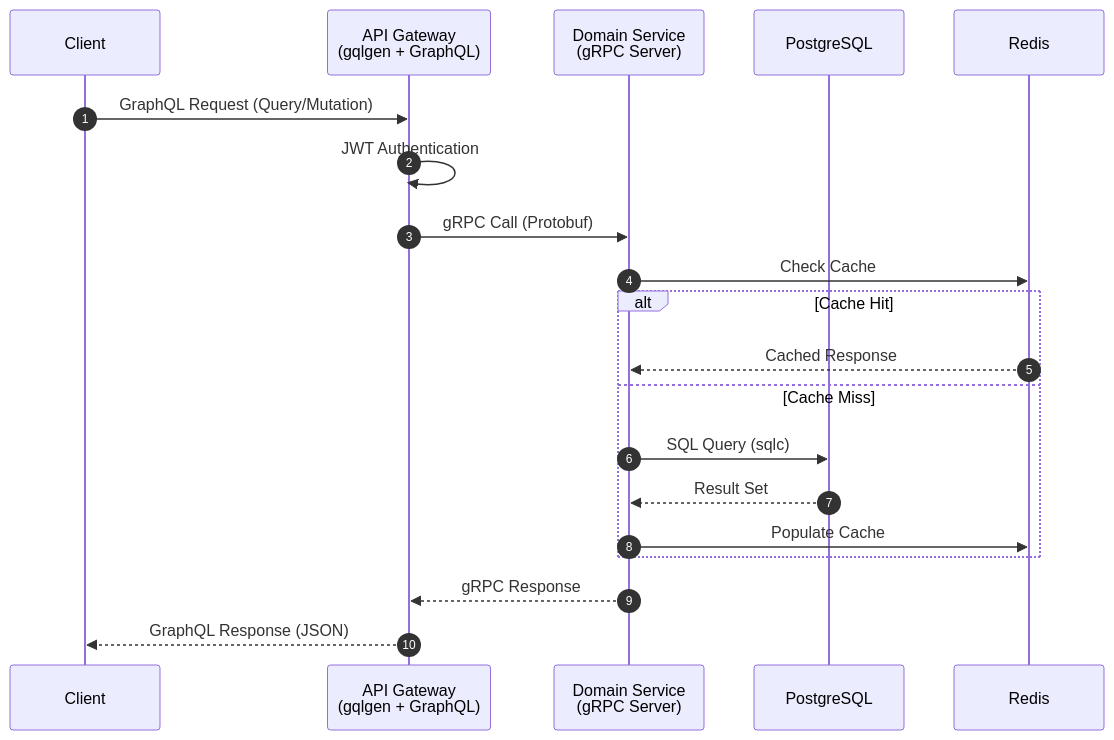
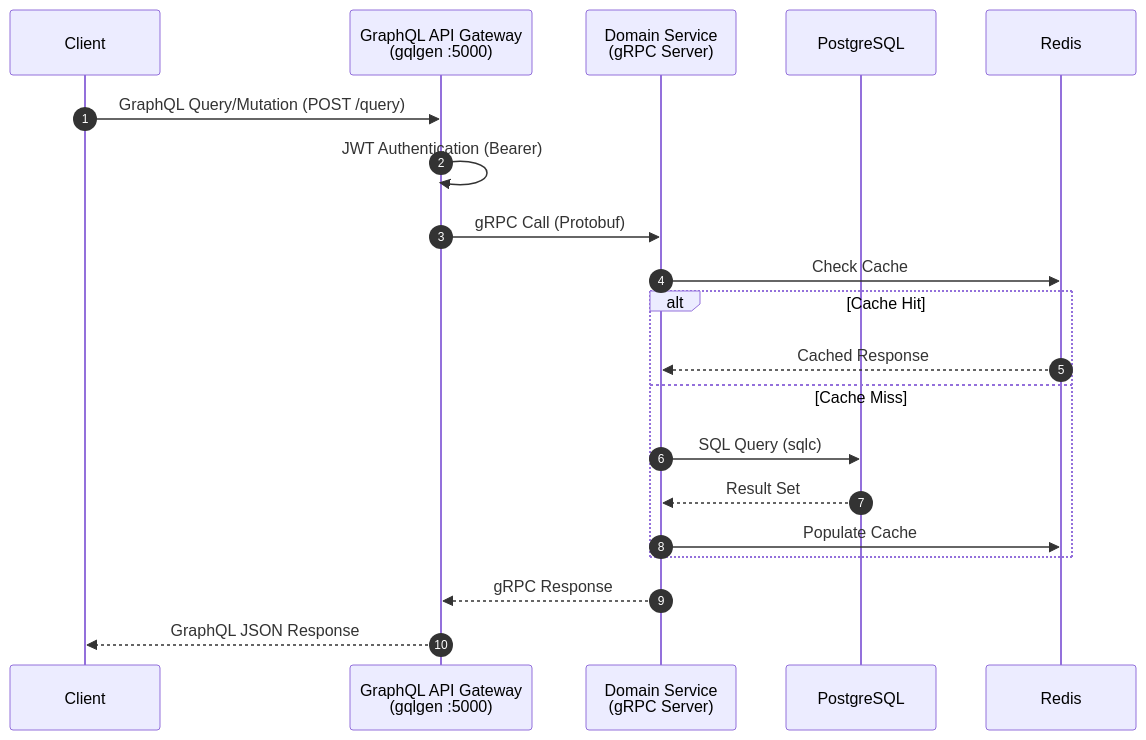
Before and after one commit to MamangRust/monolith-graphql-pointofsale-grpc: the fifth of 9 diagrams in README.md, drawn with Mermaid. The commit also changed other lines of this file and 1484 other files, not shown here.

````diff
--- a/README.md
+++ b/README.md
@@ -260,23 +403,23 @@
 ```mermaid
 sequenceDiagram
     autonumber
     participant C as Client
-    participant GW as API Gateway<br/>(gqlgen + GraphQL)
+    participant GW as GraphQL API Gateway<br/>(gqlgen :5000)
     participant SVC as Domain Service<br/>(gRPC Server)
     participant DB as PostgreSQL
     participant CACHE as Redis
 
-    C->>GW: GraphQL Request (Query/Mutation)
-    GW->>GW: JWT Authentication
+    C->>GW: GraphQL Query/Mutation (POST /query)
+    GW->>GW: JWT Authentication (Bearer)
     GW->>SVC: gRPC Call (Protobuf)
     SVC->>CACHE: Check Cache
     alt Cache Hit
         CACHE-->>SVC: Cached Response
     else Cache Miss
         SVC->>DB: SQL Query (sqlc)
         DB-->>SVC: Result Set
         SVC->>CACHE: Populate Cache
     end
     SVC-->>GW: gRPC Response
-    GW-->>C: GraphQL Response (JSON)
+    GW-->>C: GraphQL JSON Response
 ```
````
